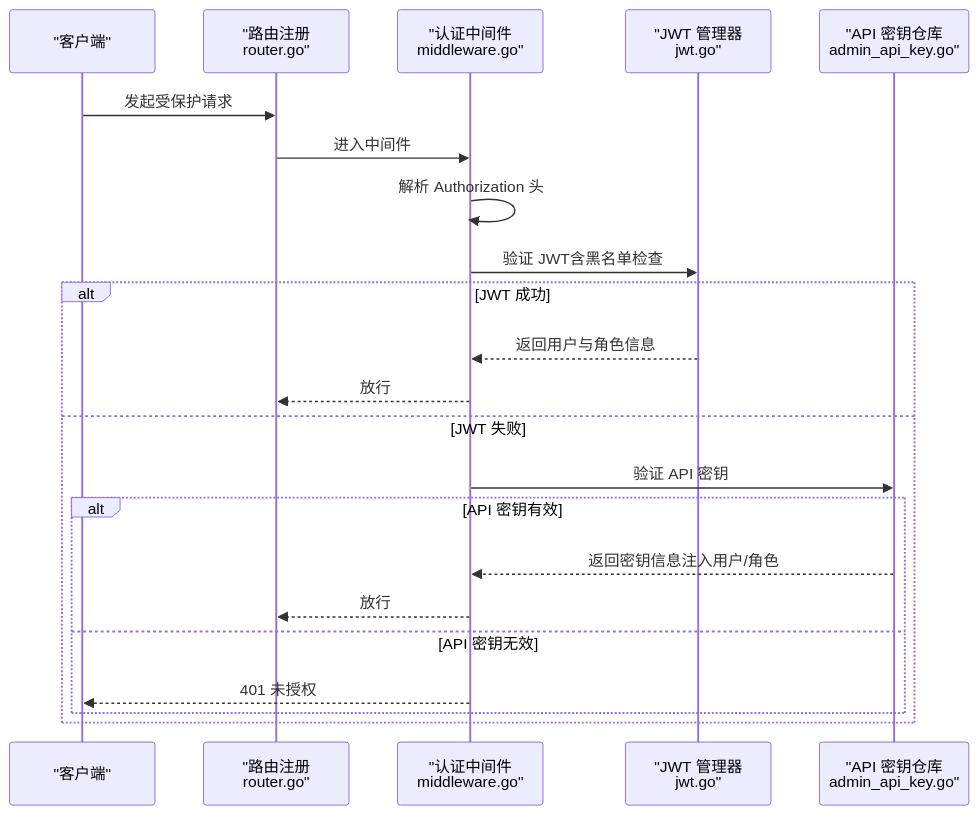
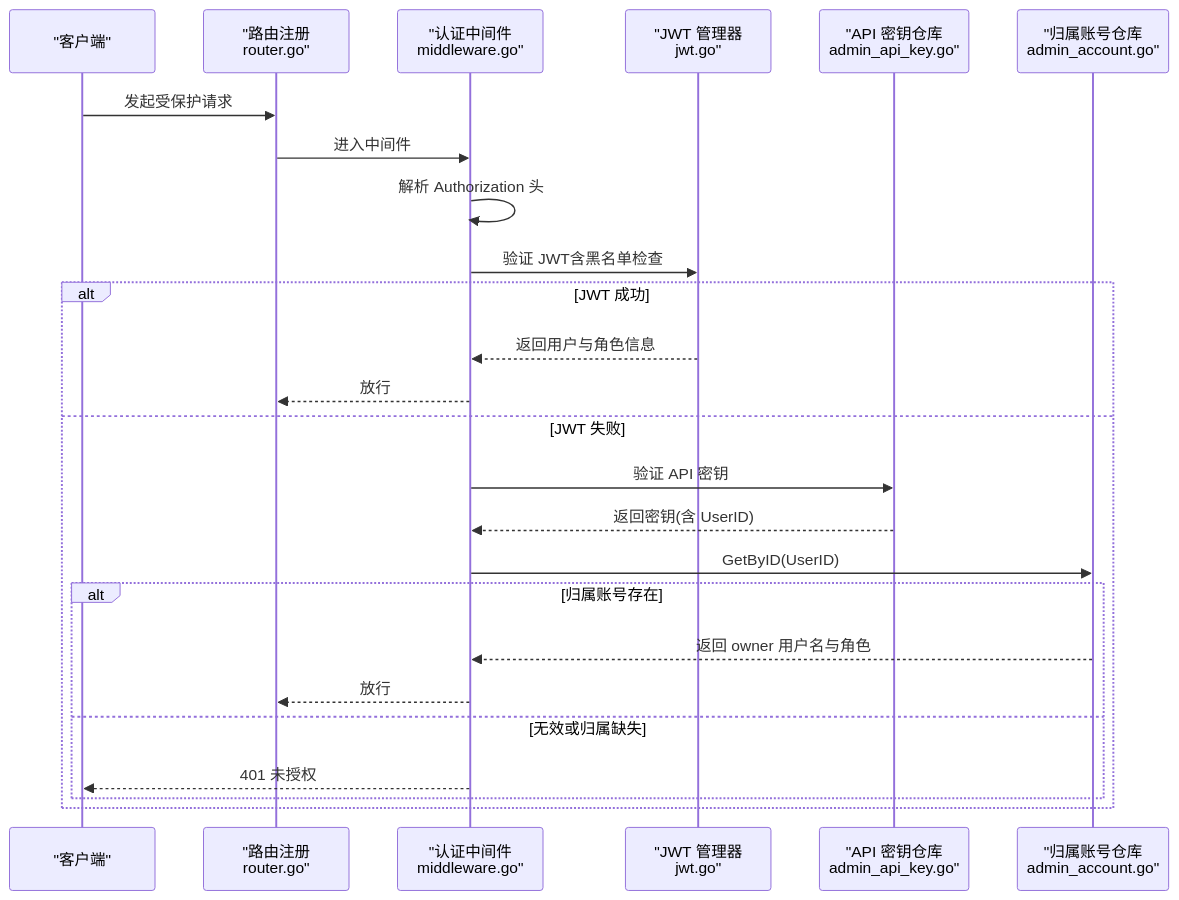
The second of 9 diagrams in docs/安全机制/API 密钥管理.md (x01n/My-OpenWaf), drawn with Mermaid before and after one commit. The commit also changed other lines of this file and 622 other files, not shown here.

````diff
--- a/docs/安全机制/API 密钥管理.md
+++ b/docs/安全机制/API 密钥管理.md
@@ -94,24 +105,27 @@
 ```mermaid
 sequenceDiagram
 participant Client as "客户端"
 participant Router as "路由注册<br/>router.go"
 participant MW as "认证中间件<br/>middleware.go"
 participant JWT as "JWT 管理器<br/>jwt.go"
 participant Repo as "API 密钥仓库<br/>admin_api_key.go"
+participant Acct as "归属账号仓库<br/>admin_account.go"
 Client->>Router : 发起受保护请求
 Router->>MW : 进入中间件
 MW->>MW : 解析 Authorization 头
 MW->>JWT : 验证 JWT含黑名单检查
 alt JWT 成功
 JWT-->>MW : 返回用户与角色信息
 MW-->>Router : 放行
 else JWT 失败
 MW->>Repo : 验证 API 密钥
-alt API 密钥有效
-Repo-->>MW : 返回密钥信息注入用户/角色
+Repo-->>MW : 返回密钥(含 UserID)
+MW->>Acct : GetByID(UserID)
+alt 归属账号存在
+Acct-->>MW : 返回 owner 用户名与角色
 MW-->>Router : 放行
-else API 密钥无效
+else 无效或归属缺失
 MW-->>Client : 401 未授权
 end
 end
 ```
````
